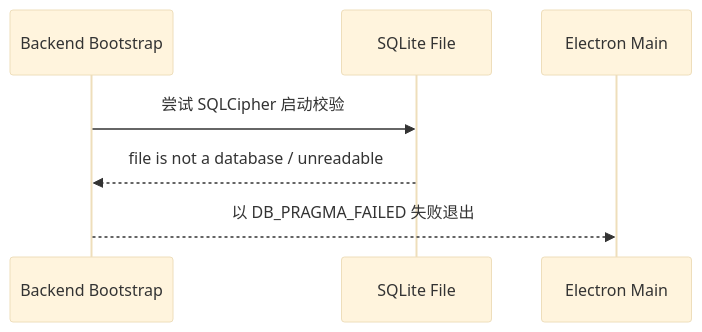
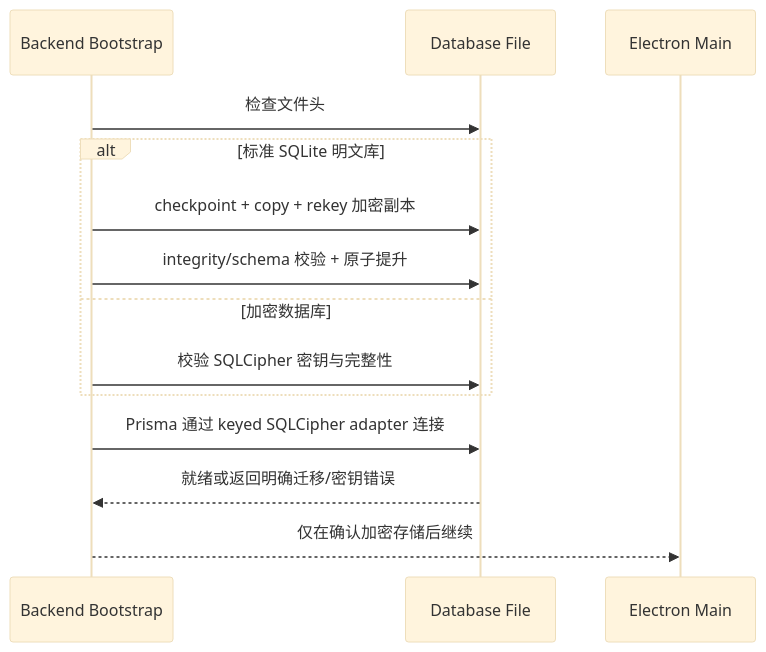
The ninth of 10 diagrams in docs/zh-CN/developer/core/architecture.md (XYZ1024-alt/Cosmosh), drawn with Mermaid (base theme) before and after one commit. The commit also changed other lines of this file and 12 other files, not shown here.

First line of the commit message:
fix(backend): enforce SQLCipher for Prisma storage

````diff
--- a/docs/zh-CN/developer/core/architecture.md
+++ b/docs/zh-CN/developer/core/architecture.md
@@ -339,10 +341,17 @@
 ```mermaid
 sequenceDiagram
   participant BE as Backend Bootstrap
-  participant DB as SQLite File
+  participant DB as Database File
   participant MAIN as Electron Main
 
-  BE->>DB: 尝试 SQLCipher 启动校验
-  DB-->>BE: file is not a database / unreadable
-  BE-->>MAIN: 以 DB_PRAGMA_FAILED 失败退出
+  BE->>DB: 检查文件头
+  alt 标准 SQLite 明文库
+    BE->>DB: checkpoint + copy + rekey 加密副本
+    BE->>DB: integrity/schema 校验 + 原子提升
+  else 加密数据库
+    BE->>DB: 校验 SQLCipher 密钥与完整性
+  end
+  BE->>DB: Prisma 通过 keyed SQLCipher adapter 连接
+  DB-->>BE: 就绪或返回明确迁移/密钥错误
+  BE-->>MAIN: 仅在确认加密存储后继续
 ```
````
